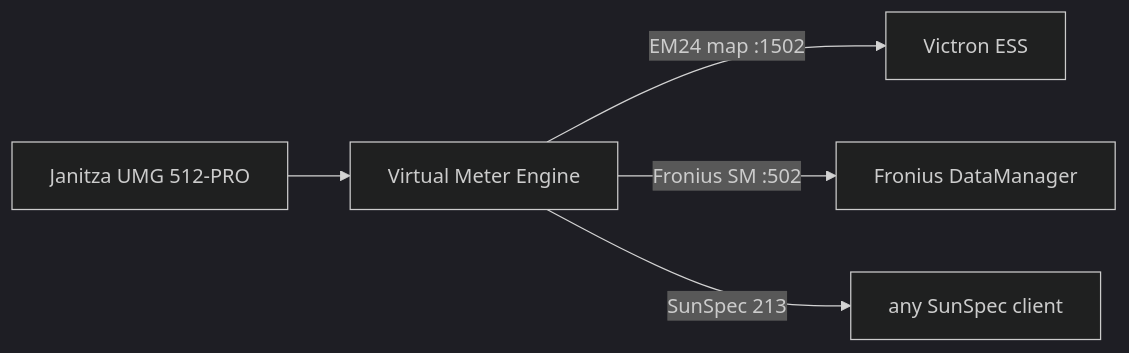
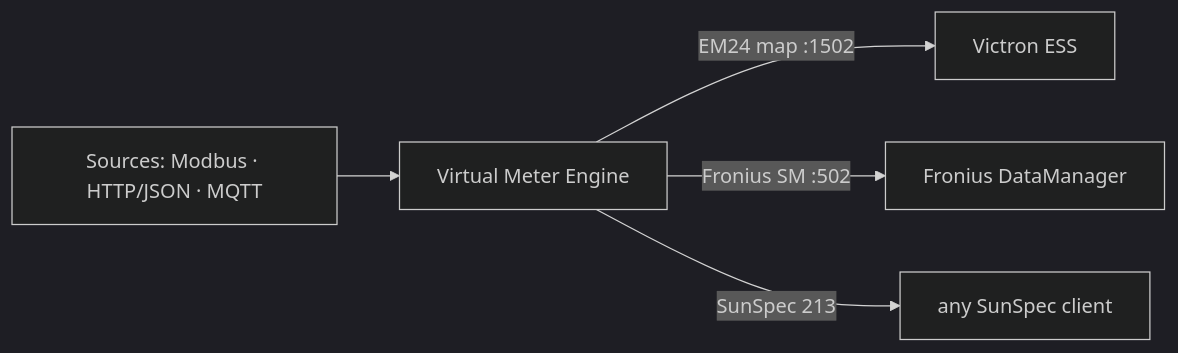
The diagram in README.en.md (sm26449/multi-bus-gateway), drawn with Mermaid (dark theme) before and after one commit. The commit also changed other lines of this file and 8 other files, not shown here.

````diff
--- a/README.en.md
+++ b/README.en.md
@@ -66,7 +167,7 @@
 ```mermaid
 flowchart LR
-    UMG["Janitza UMG 512-PRO"] --> ENG["Virtual Meter Engine"]
+    SRC["Sources: Modbus · HTTP/JSON · MQTT"] --> ENG["Virtual Meter Engine"]
     ENG -->|"EM24 map :1502"| V["Victron ESS"]
     ENG -->|"Fronius SM :502"| F["Fronius DataManager"]
     ENG -->|"SunSpec 213"| X["any SunSpec client"]
 ```
````
